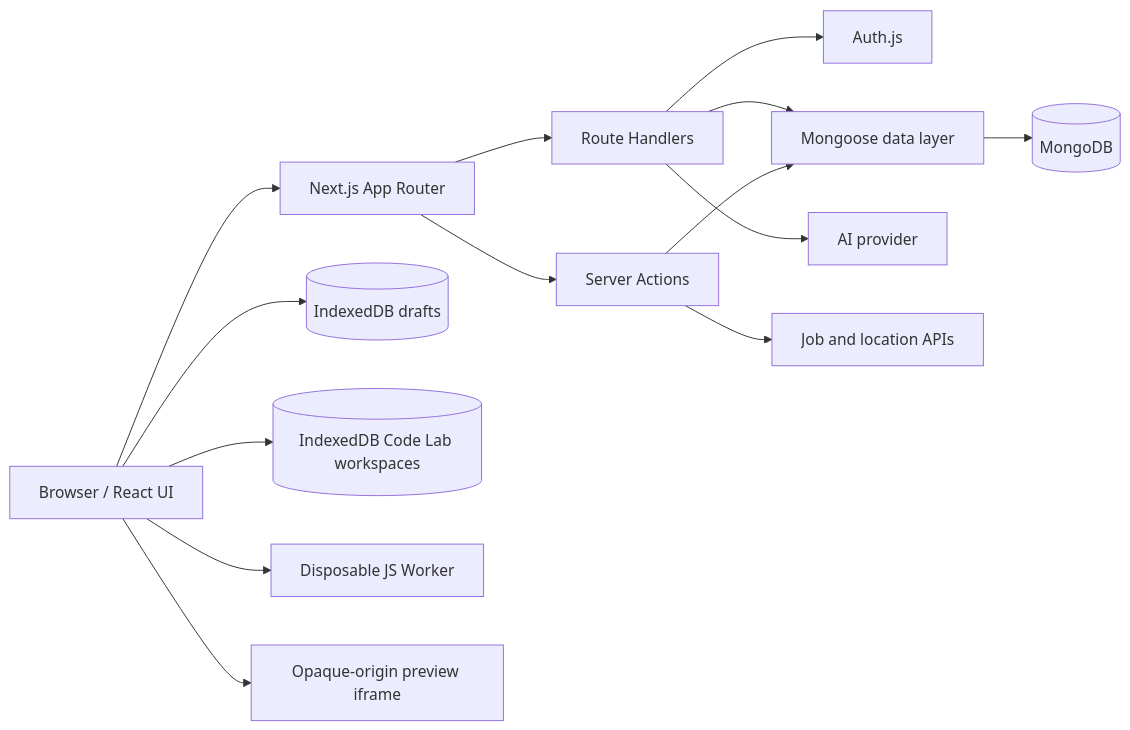
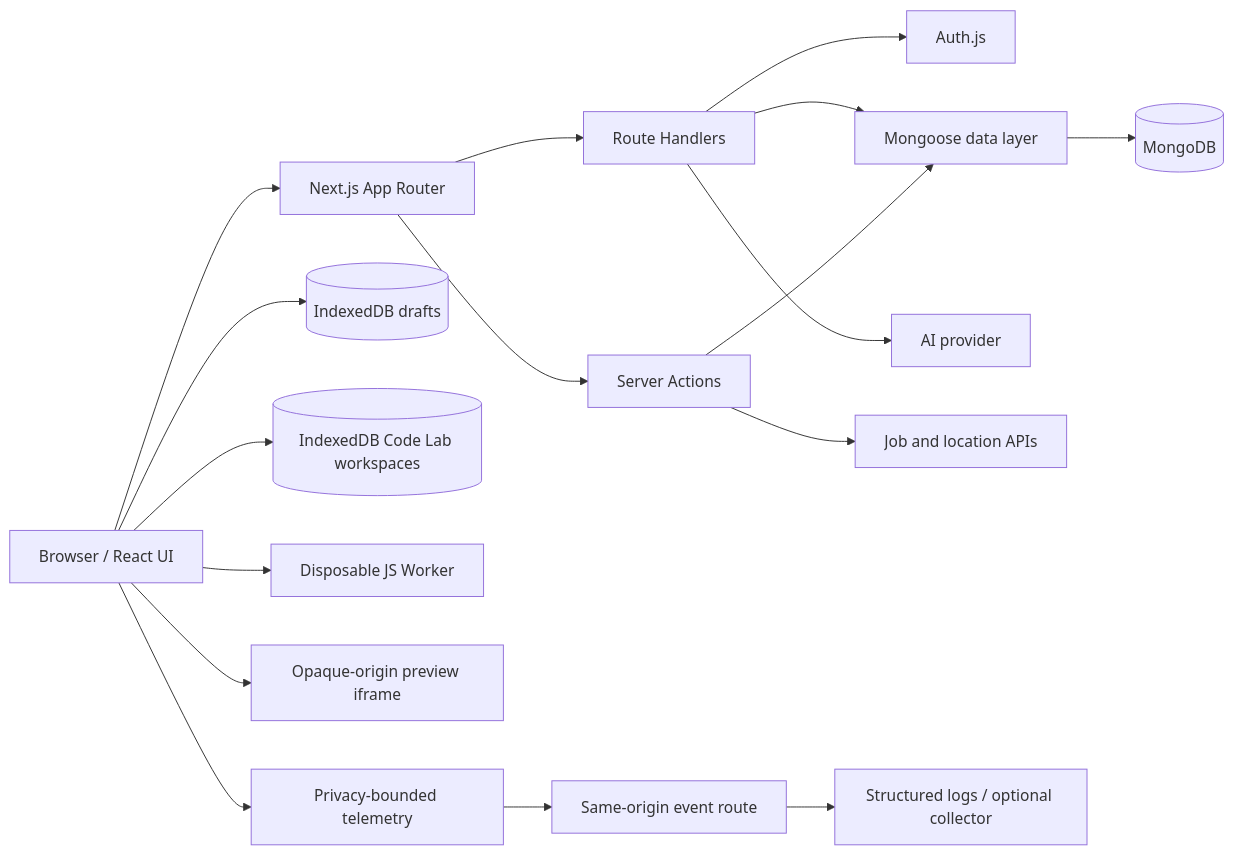
Before and after one commit to ffgzz/devflow: the diagram in README.md, drawn with Mermaid. The commit also changed other lines of this file and 116 other files, not shown here.

````diff
--- a/README.md
+++ b/README.md
@@ -41,16 +44,19 @@
 ```mermaid
 flowchart LR
   Browser["Browser / React UI"] --> AppRouter["Next.js App Router"]
   Browser --> Drafts[(IndexedDB drafts)]
   Browser --> Playground[(IndexedDB Code Lab workspaces)]
   Browser --> Worker["Disposable JS Worker"]
   Browser --> Preview["Opaque-origin preview iframe"]
   AppRouter --> Actions["Server Actions"]
   AppRouter --> Routes["Route Handlers"]
   Routes --> Auth["Auth.js"]
   Actions --> Mongoose["Mongoose data layer"]
   Routes --> Mongoose
   Mongoose --> MongoDB[(MongoDB)]
   Routes --> AI["AI provider"]
   Actions --> Jobs["Job and location APIs"]
+  Browser --> Telemetry["Privacy-bounded telemetry"]
+  Telemetry --> ObserveRoute["Same-origin event route"]
+  ObserveRoute --> Logs["Structured logs / optional collector"]
 ```
````
